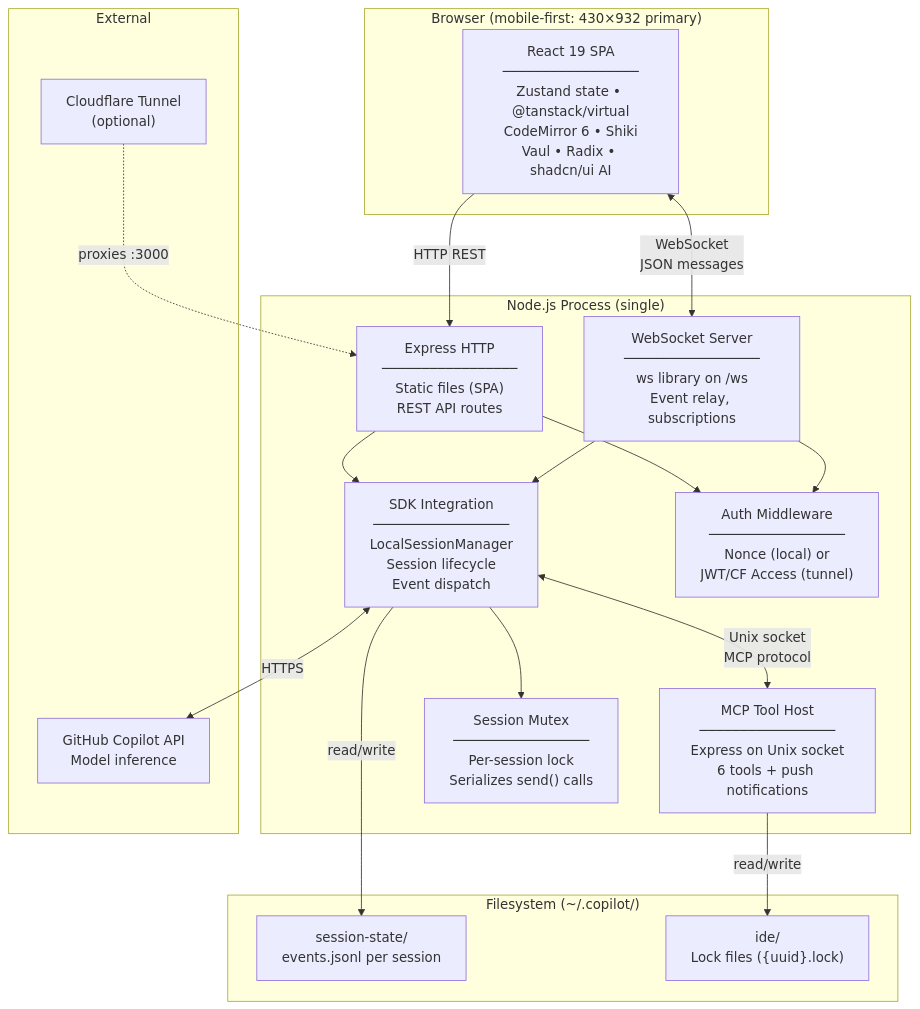
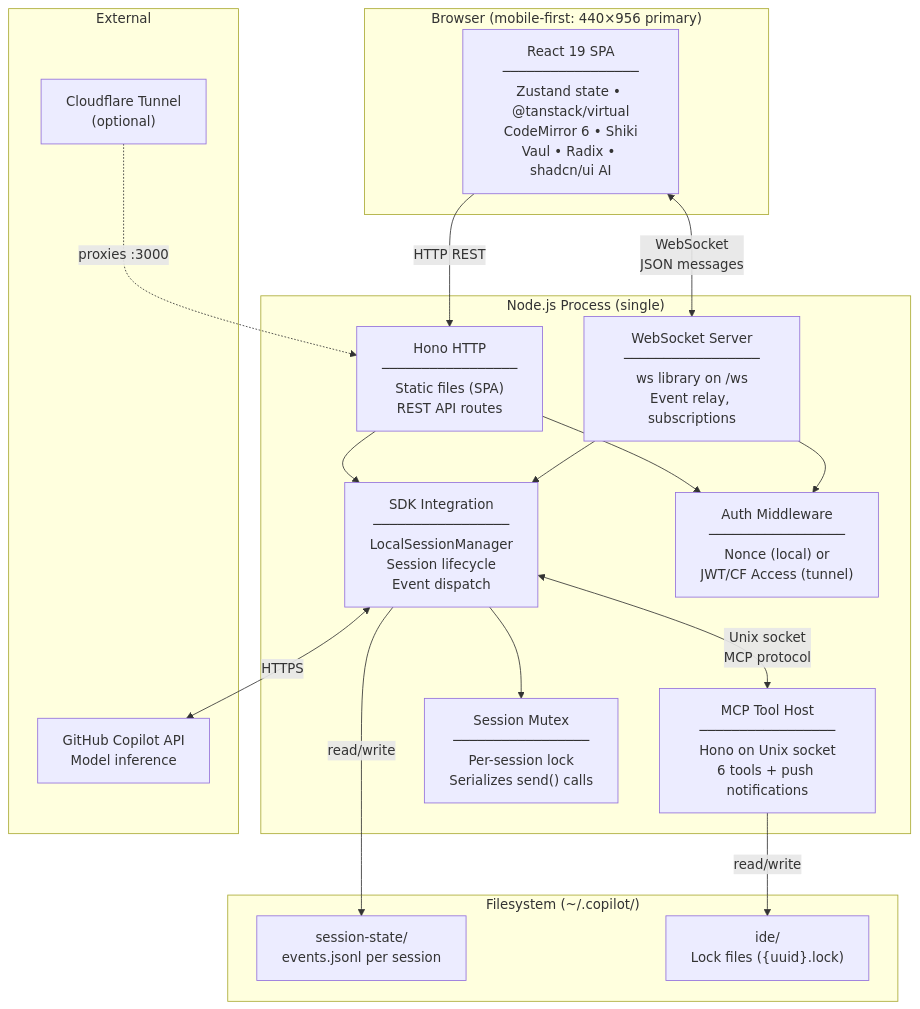
One commit to ming86/vscode changed the seventh of 7 diagrams in .local/docs/copilot-cli-session/08-constraints-and-requirements.md. Above: the diagram before and after it, drawn with Mermaid. The commit also changed other lines of this file and 2 other files, not shown here.

````diff
--- a/.local/docs/copilot-cli-session/08-constraints-and-requirements.md
+++ b/.local/docs/copilot-cli-session/08-constraints-and-requirements.md
@@ -441,38 +441,38 @@
 ```mermaid
 graph TB
-    subgraph Browser["Browser (mobile-first: 430×932 primary)"]
+    subgraph Browser["Browser (mobile-first: 440×956 primary)"]
         SPA["React 19 SPA<br/>─────────────────<br/>Zustand state • @tanstack/virtual<br/>CodeMirror 6 • Shiki<br/>Vaul • Radix • shadcn/ui AI"]
     end
 
     subgraph NodeProcess["Node.js Process (single)"]
-        HTTP["Express HTTP<br/>─────────────────<br/>Static files (SPA)<br/>REST API routes"]
+        HTTP["Hono HTTP<br/>─────────────────<br/>Static files (SPA)<br/>REST API routes"]
         WSS["WebSocket Server<br/>─────────────────<br/>ws library on /ws<br/>Event relay, subscriptions"]
         SDKI["SDK Integration<br/>─────────────────<br/>LocalSessionManager<br/>Session lifecycle<br/>Event dispatch"]
-        MCPS["MCP Tool Host<br/>─────────────────<br/>Express on Unix socket<br/>6 tools + push notifications"]
+        MCPS["MCP Tool Host<br/>─────────────────<br/>Hono on Unix socket<br/>6 tools + push notifications"]
         AUTH["Auth Middleware<br/>─────────────────<br/>Nonce (local) or<br/>JWT/CF Access (tunnel)"]
         MUTEX["Session Mutex<br/>─────────────────<br/>Per-session lock<br/>Serializes send() calls"]
     end
 
     subgraph FS["Filesystem (~/.copilot/)"]
         SS["session-state/<br/>events.jsonl per session"]
         LF["ide/<br/>Lock files ({uuid}.lock)"]
     end
 
     subgraph Ext["External"]
         GH["GitHub Copilot API<br/>Model inference"]
         CF["Cloudflare Tunnel<br/>(optional)"]
     end
 
     SPA <-->|"WebSocket<br/>JSON messages"| WSS
     SPA -->|"HTTP REST"| HTTP
     HTTP --> AUTH
     WSS --> AUTH
     HTTP --> SDKI
     WSS --> SDKI
     SDKI --> MUTEX
     SDKI <-->|"Unix socket<br/>MCP protocol"| MCPS
     SDKI <-->|"HTTPS"| GH
     SDKI -->|"read/write"| SS
     MCPS -->|"read/write"| LF
     CF -.->|"proxies :3000"| HTTP
 ```
````
